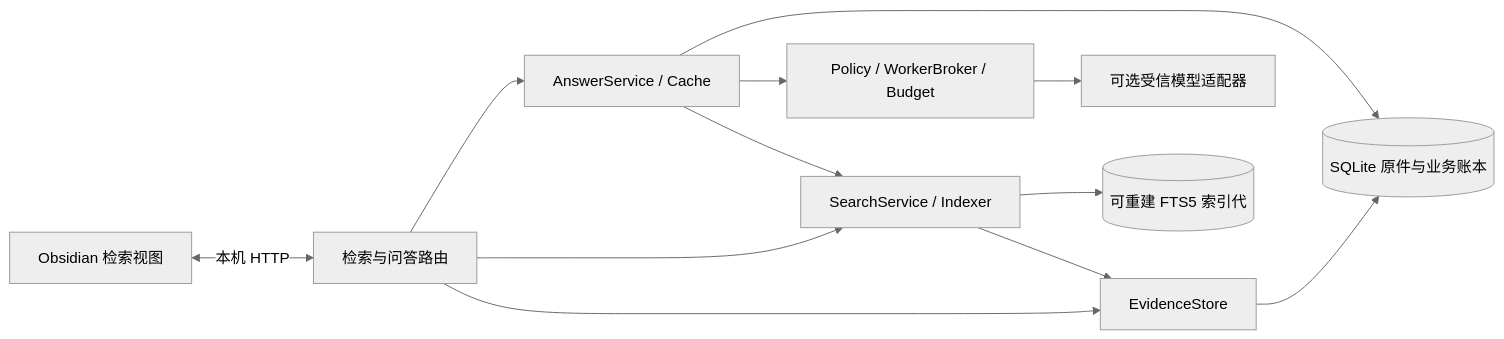
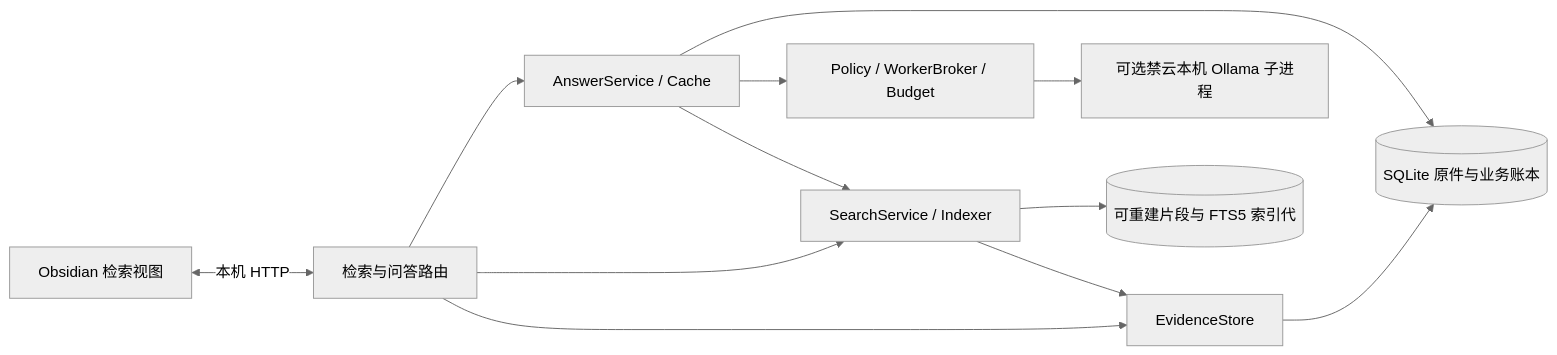
One commit to liuxing95/repository changed the second of 2 diagrams in docs/implementation/evidence-search-answer.md. Above: the diagram before and after it, drawn with Mermaid (neutral theme). The commit also changed other lines of this file and 41 other files, not shown here.

````diff
--- a/docs/implementation/evidence-search-answer.md
+++ b/docs/implementation/evidence-search-answer.md
@@ -70,14 +70,14 @@
 ```mermaid
 flowchart LR
   UI[Obsidian 检索视图] <-->|本机 HTTP| Routes[检索与问答路由]
   Routes --> Search[SearchService / Indexer]
   Routes --> Evidence[EvidenceStore]
   Routes --> Answer[AnswerService / Cache]
   Search --> Evidence
   Answer --> Search
   Answer --> Broker[Policy / WorkerBroker / Budget]
-  Broker --> Provider[可选受信模型适配器]
+  Broker --> Provider[可选禁云本机 Ollama 子进程]
   Evidence --> DB[(SQLite 原件与业务账本)]
-  Search --> Index[(可重建 FTS5 索引代)]
+  Search --> Index[(可重建片段与 FTS5 索引代)]
   Answer --> DB
 ```
````
